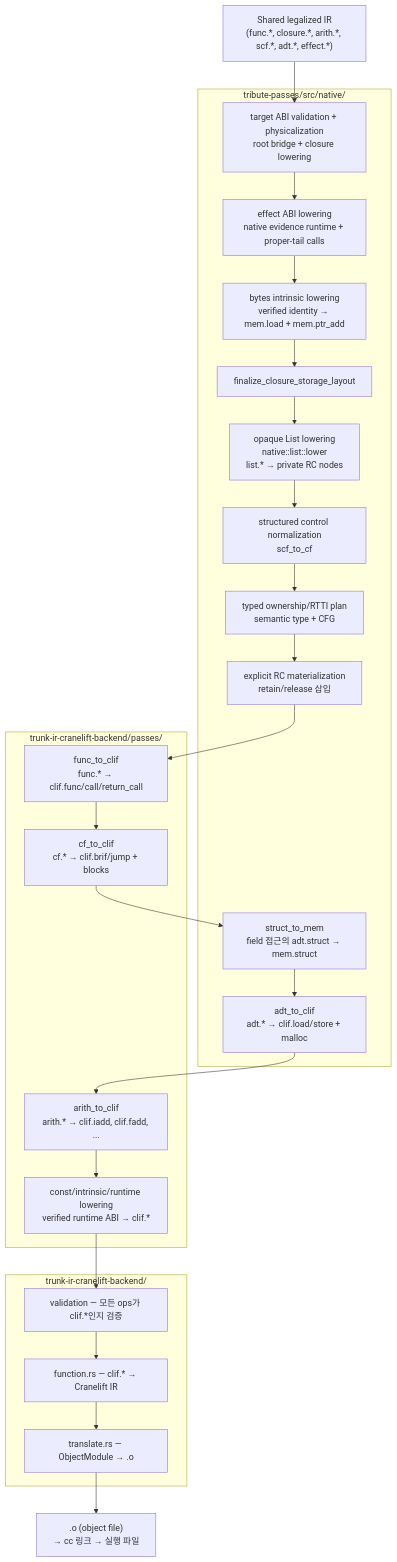
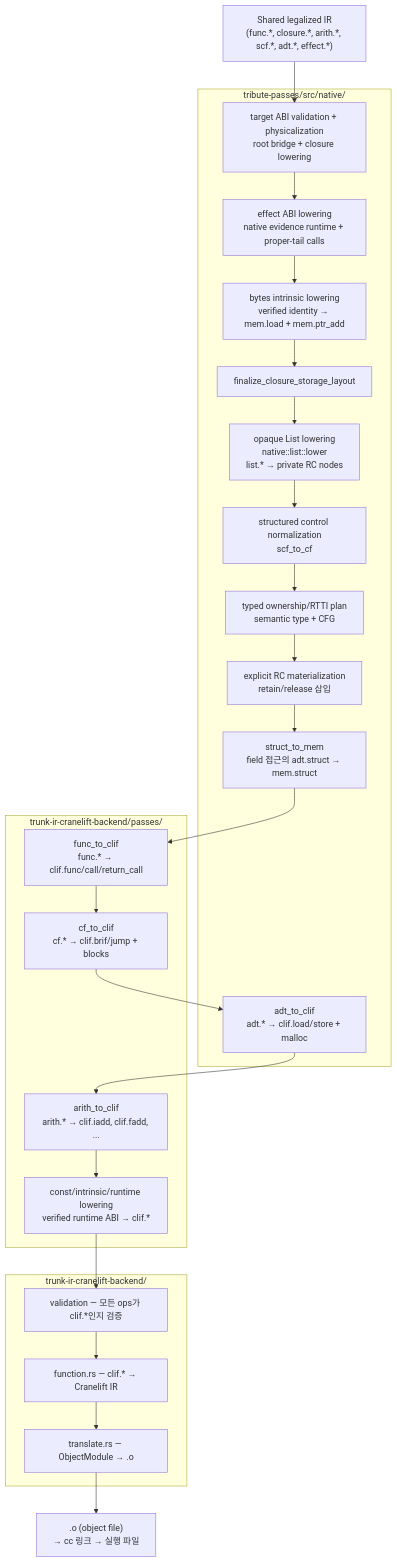
Before and after one commit to Kroisse/tribute: the second of 2 diagrams in new-plans/cranelift-backend.md, drawn with Mermaid. The commit also changed 3 other files, not shown here.

````diff
--- a/new-plans/cranelift-backend.md
+++ b/new-plans/cranelift-backend.md
@@ -85,36 +85,36 @@
 ```mermaid
 flowchart TB
     input["Shared legalized IR\n(func.*, closure.*, arith.*, scf.*, adt.*, effect.*)"]
 
     subgraph native_passes["tribute-passes/src/native/"]
         abi["target ABI validation + physicalization\nroot bridge + closure lowering"]
         effect["effect ABI lowering\nnative evidence runtime + proper-tail calls"]
         bytes["bytes intrinsic lowering\nverified identity → mem.load + mem.ptr_add"]
         storage["finalize_closure_storage_layout"]
         list_lower["opaque List lowering\nnative::list::lower\nlist.* → private RC nodes"]
         cfg["structured control normalization\nscf_to_cf"]
         rc_plan["typed ownership/RTTI plan\nsemantic type + CFG"]
         rc_pass["explicit RC materialization\nretain/release 삽입"]
         structural["struct_to_mem\nfield 접근의 adt.struct → mem.struct"]
         adt["adt_to_clif\nadt.* → clif.load/store + malloc"]
     end
 
     subgraph clif_passes["trunk-ir-cranelift-backend/passes/"]
         arith["arith_to_clif\narith.* → clif.iadd, clif.fadd, ..."]
         cf["cf_to_clif\ncf.* → clif.brif/jump + blocks"]
         func["func_to_clif\nfunc.* → clif.func/call/return_call"]
         intrinsic["const/intrinsic/runtime lowering\nverified runtime ABI → clif.*"]
     end
 
     subgraph emit["trunk-ir-cranelift-backend/"]
         validate["validation — 모든 ops가 clif.*인지 검증"]
         codegen["function.rs — clif.* → Cranelift IR"]
         obj["translate.rs — ObjectModule → .o"]
     end
 
     output[".o (object file)\n→ cc 링크 → 실행 파일"]
 
     input --> abi --> effect --> bytes --> storage --> list_lower --> cfg --> rc_plan --> rc_pass
-    rc_pass --> func --> cf --> structural --> adt --> arith --> intrinsic
+    rc_pass --> structural --> func --> cf --> adt --> arith --> intrinsic
     intrinsic --> validate --> codegen --> obj --> output
 ```
````
